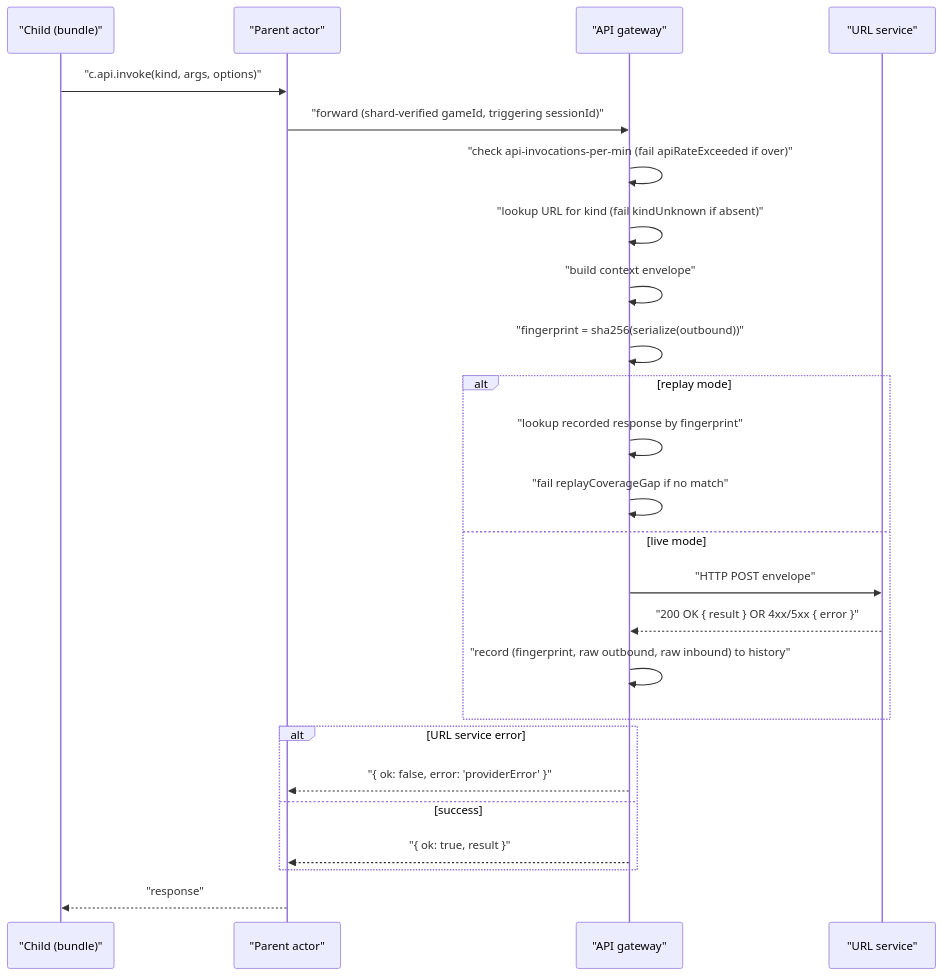
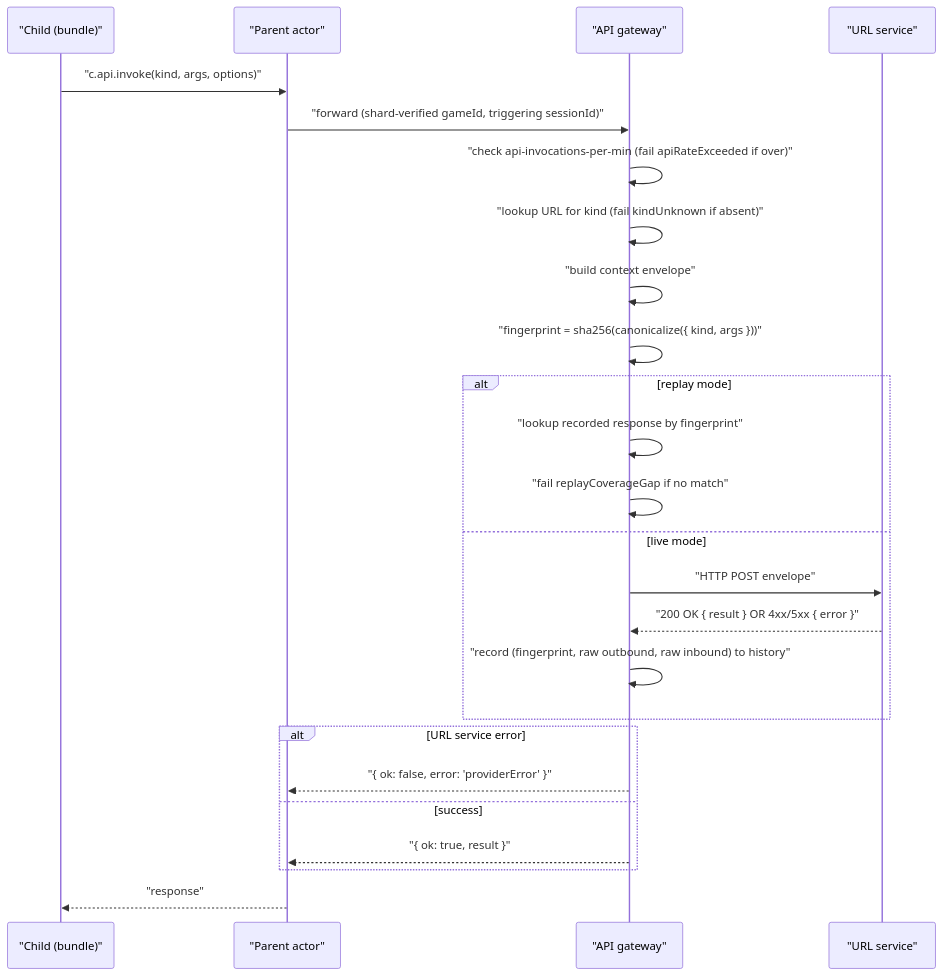
The diagram in docs-next/contract/external-api-channel.md (pax-historia/pax-backend), drawn with Mermaid before and after one commit. The commit also changed other lines of this file and 6 other files, not shown here.

````diff
--- a/docs-next/contract/external-api-channel.md
+++ b/docs-next/contract/external-api-channel.md
@@ -217,28 +219,28 @@
 ```mermaid
 sequenceDiagram
   participant Child as "Child (bundle)"
   participant Parent as "Parent actor"
   participant GW as "API gateway"
   participant Svc as "URL service"
 
   Child->>Parent: "c.api.invoke(kind, args, options)"
   Parent->>GW: "forward (shard-verified gameId, triggering sessionId)"
   GW->>GW: "check api-invocations-per-min (fail apiRateExceeded if over)"
   GW->>GW: "lookup URL for kind (fail kindUnknown if absent)"
   GW->>GW: "build context envelope"
-  GW->>GW: "fingerprint = sha256(serialize(outbound))"
+  GW->>GW: "fingerprint = sha256(canonicalize({ kind, args }))"
   alt replay mode
     GW->>GW: "lookup recorded response by fingerprint"
     GW->>GW: "fail replayCoverageGap if no match"
   else live mode
     GW->>Svc: "HTTP POST envelope"
     Svc-->>GW: "200 OK { result } OR 4xx/5xx { error }"
     GW->>GW: "record (fingerprint, raw outbound, raw inbound) to history"
   end
   alt URL service error
     GW-->>Parent: "{ ok: false, error: 'providerError' }"
   else success
     GW-->>Parent: "{ ok: true, result }"
   end
   Parent-->>Child: "response"
 ```
````
